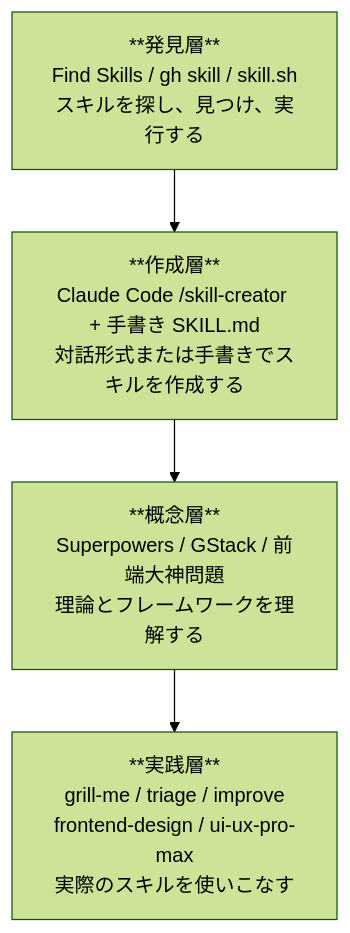
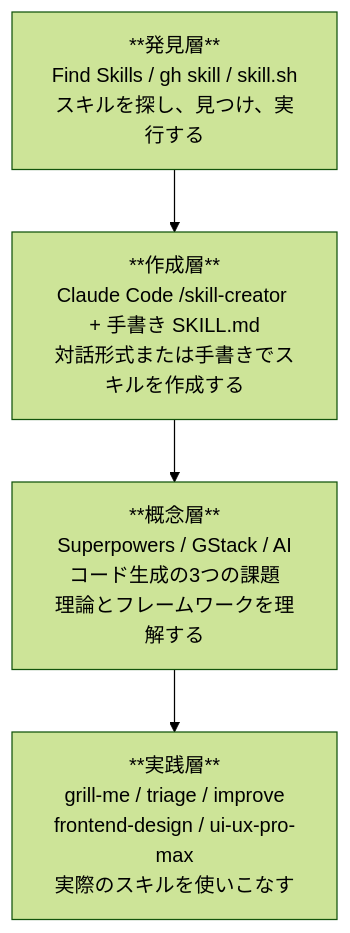
One commit to duwenji/agent-skills-in-practice changed the first of 2 diagrams in docs/00-fundamentals/01-ecosystem-overview.md. Above: the diagram before and after it, drawn with Mermaid (forest theme). The commit also changed other lines of this file, not shown here.

````diff
--- a/docs/00-fundamentals/01-ecosystem-overview.md
+++ b/docs/00-fundamentals/01-ecosystem-overview.md
@@ -20,8 +20,8 @@
 ```mermaid
 flowchart TB
     A["**発見層**<br>Find Skills / gh skill / skill.sh<br>スキルを探し、見つけ、実行する"]
     B["**作成層**<br>Claude Code /skill-creator + 手書き SKILL.md<br>対話形式または手書きでスキルを作成する"]
-    C["**概念層**<br>Superpowers / GStack / 前端大神問題<br>理論とフレームワークを理解する"]
+    C["**概念層**<br>Superpowers / GStack / AIコード生成の3つの課題<br>理論とフレームワークを理解する"]
     D["**実践層**<br>grill-me / triage / improve<br>frontend-design / ui-ux-pro-max<br>実際のスキルを使いこなす"]
     A --> B --> C --> D
 ```
````
